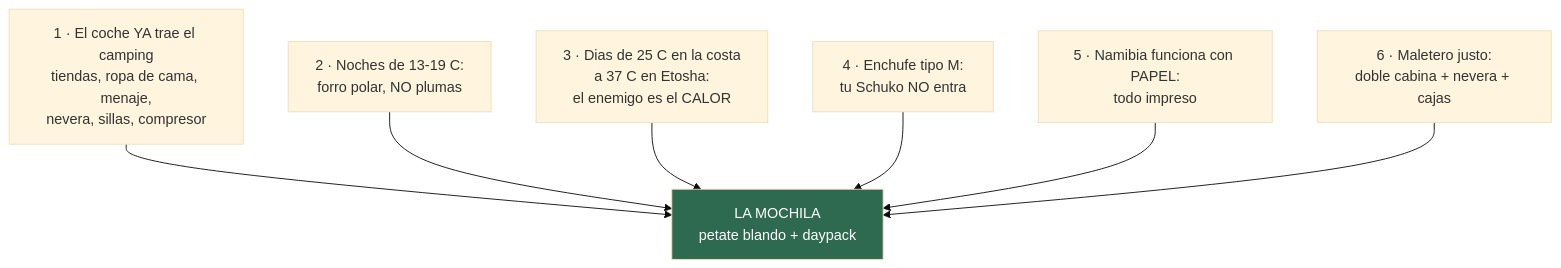
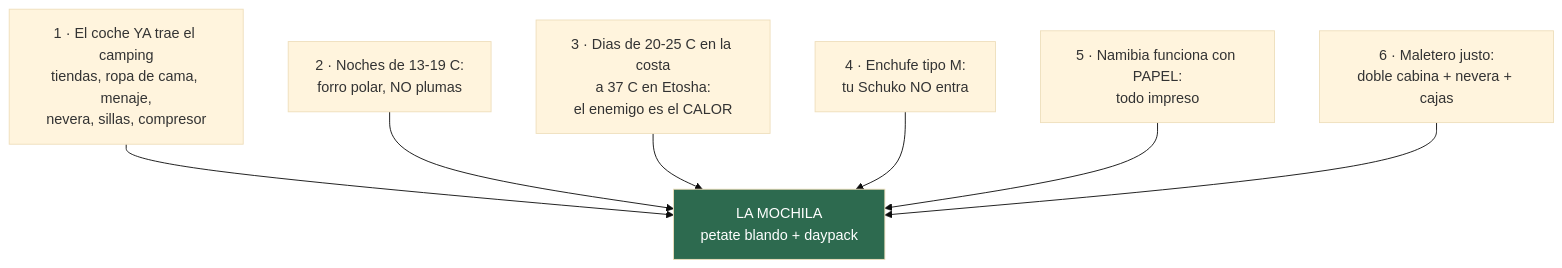
One commit to morandeirachema/namibia changed the diagram in 05-equipaje.md. Above: the diagram before and after it, drawn with Mermaid (base theme). The commit also changed other lines of this file and 10 other files, not shown here.

````diff
--- a/05-equipaje.md
+++ b/05-equipaje.md
@@ -19,10 +20,10 @@
 ```mermaid
 flowchart TD
     R1["1 · El coche YA trae el camping<br/>tiendas, ropa de cama, menaje,<br/>nevera, sillas, compresor"] --> M["LA MOCHILA<br/>petate blando + daypack"]
     R2["2 · Noches de 13-19 C:<br/>forro polar, NO plumas"] --> M
-    R3["3 · Dias de 25 C en la costa<br/>a 37 C en Etosha:<br/>el enemigo es el CALOR"] --> M
+    R3["3 · Dias de 20-25 C en la costa<br/>a 37 C en Etosha:<br/>el enemigo es el CALOR"] --> M
     R4["4 · Enchufe tipo M:<br/>tu Schuko NO entra"] --> M
     R5["5 · Namibia funciona con PAPEL:<br/>todo impreso"] --> M
     R6["6 · Maletero justo:<br/>doble cabina + nevera + cajas"] --> M
     style M fill:#2d6a4f,color:#fff
 ```
````
